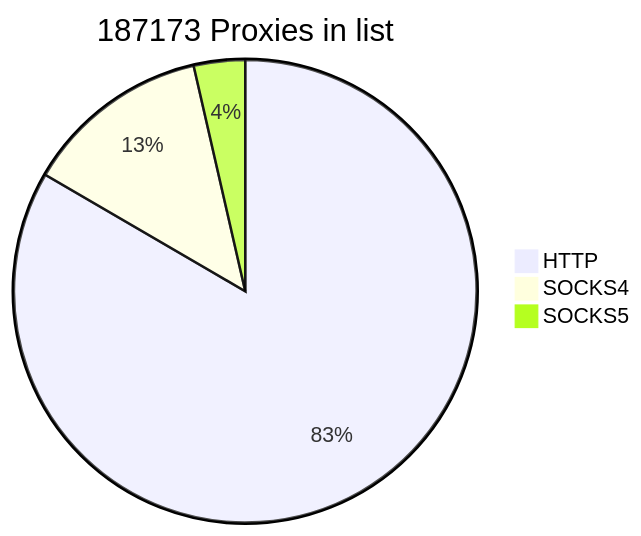
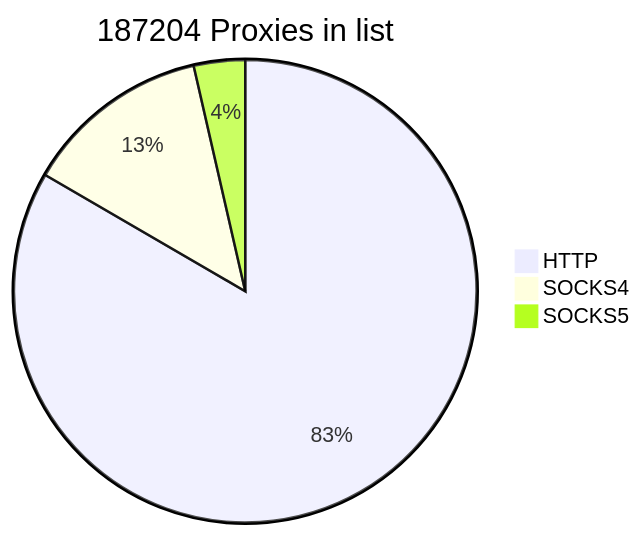
The first of 2 diagrams in README.md (cutipu/proxylist), drawn with Mermaid before and after one commit. The commit also changed other lines of this file, not shown here.

````diff
--- a/README.md
+++ b/README.md
@@ -2,7 +2,7 @@
 ```mermaid
-pie title 187173 Proxies in list
-    "HTTP" : 156095
-    "SOCKS4" : 24373
+pie title 187204 Proxies in list
+    "HTTP" : 156096
+    "SOCKS4" : 24403
     "SOCKS5" : 6705
             
 ```
````
